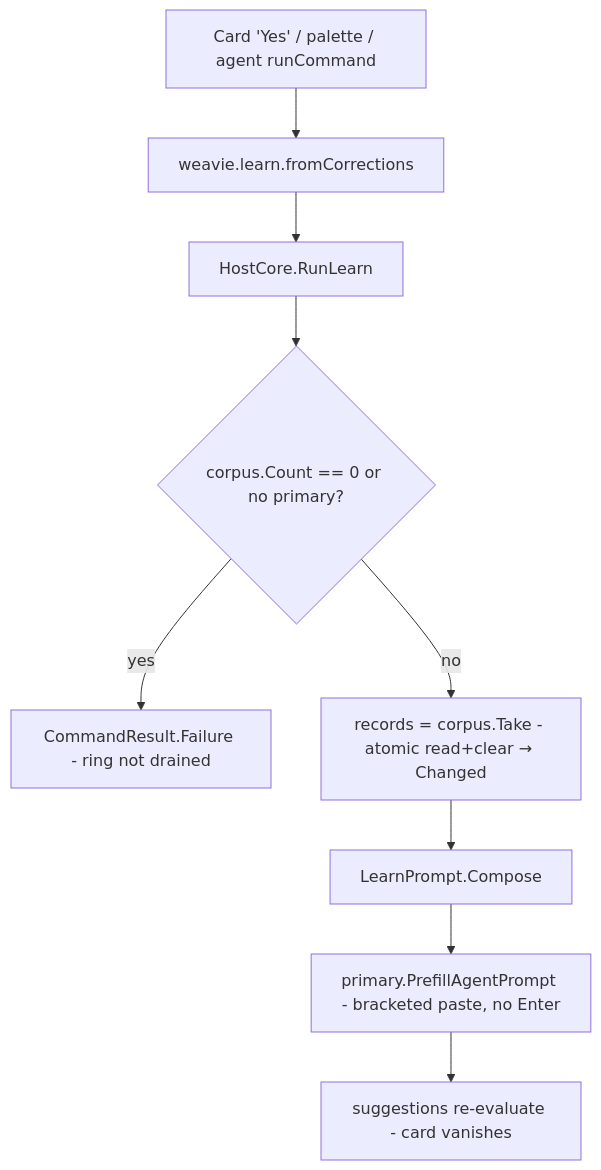
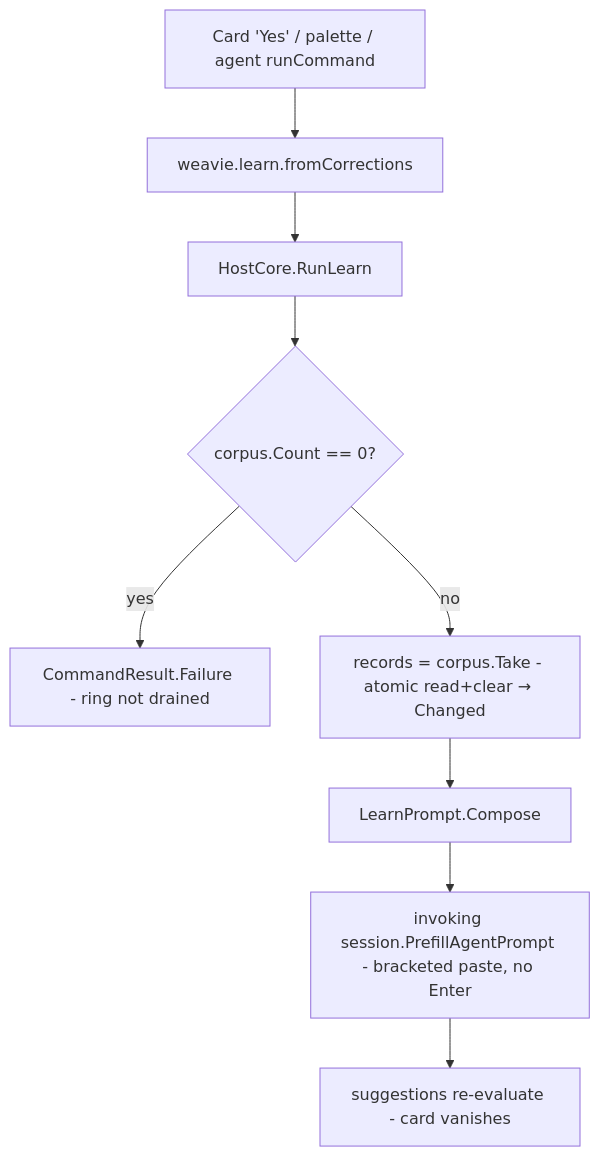
One commit to Kapps/weavie changed the second of 2 diagrams in docs/specs/learn-from-corrections.md. Above: the diagram before and after it, drawn with Mermaid. The commit also changed other lines of this file and 115 other files, not shown here.

````diff
--- a/docs/specs/learn-from-corrections.md
+++ b/docs/specs/learn-from-corrections.md
@@ -136,11 +136,11 @@
 ```mermaid
 flowchart TD
   A[Card 'Yes' / palette / agent runCommand] --> B[weavie.learn.fromCorrections]
   B --> C[HostCore.RunLearn]
-  C --> E{corpus.Count == 0 or no primary?}
+  C --> E{corpus.Count == 0?}
   E -- yes --> G[CommandResult.Failure - ring not drained]
   E -- no --> H[records = corpus.Take - atomic read+clear → Changed]
   H --> I[LearnPrompt.Compose]
-  I --> J[primary.PrefillAgentPrompt - bracketed paste, no Enter]
+  I --> J[invoking session.PrefillAgentPrompt - bracketed paste, no Enter]
   J --> K[suggestions re-evaluate - card vanishes]
 ```
````
